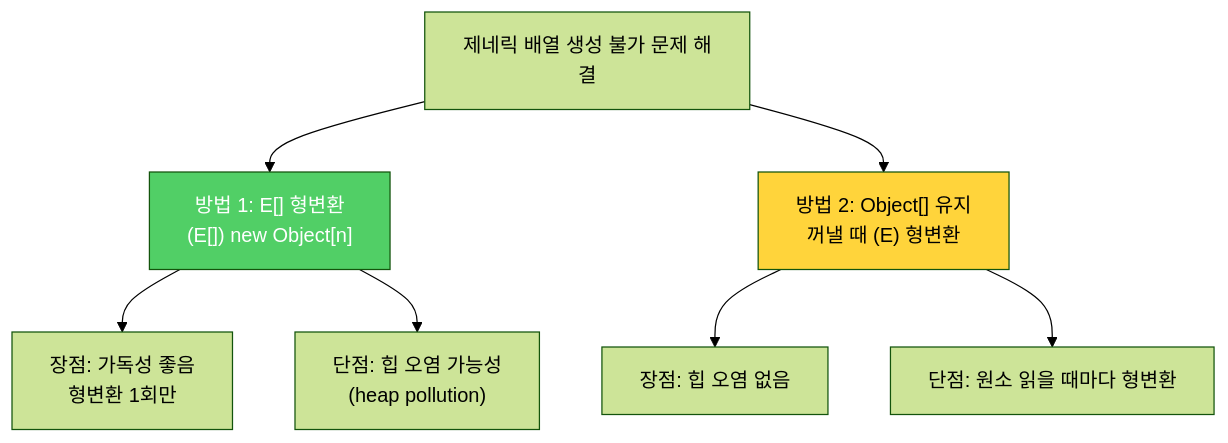
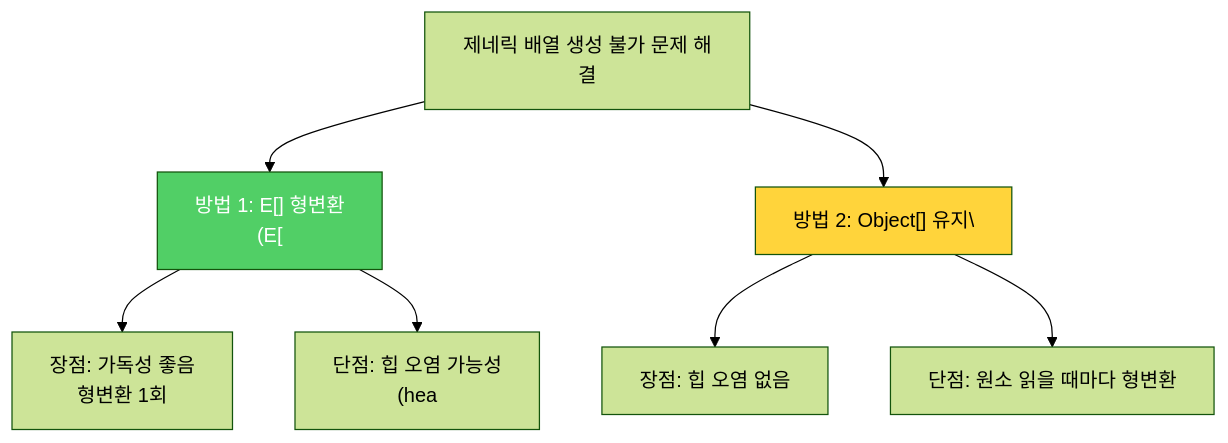
The first of 2 diagrams in _posts/java/2022-01-07-effective-java29.md (yjkim2015/yjkim2015.github.io), drawn with Mermaid (forest theme) before and after one commit. The commit also changed other lines of this file and 271 other files, not shown here.

First line of the commit message:
Mermaid 라벨 축소: 긴 노드 텍스트 18자 이하로 트림 + \n 제거

````diff
--- a/_posts/java/2022-01-07-effective-java29.md
+++ b/_posts/java/2022-01-07-effective-java29.md
@@ -151,11 +151,11 @@
 ```mermaid
 graph TD
-    A["제네릭 배열 생성 불가 문제 해결"] --> B["방법 1: E[] 형변환\n(E[]) new Object[n]"]
-    A --> C["방법 2: Object[] 유지\n꺼낼 때 (E) 형변환"]
-    B --> B1["장점: 가독성 좋음\n형변환 1회만"]
-    B --> B2["단점: 힙 오염 가능성\n(heap pollution)"]
+    A["제네릭 배열 생성 불가 문제 해결"] --> B["방법 1: E[] 형변환\n(E["]
+    A --> C["방법 2: Object[] 유지\"]
+    B --> B1["장점: 가독성 좋음\n형변환 1회"]
+    B --> B2["단점: 힙 오염 가능성\n(hea"]
     C --> C1["장점: 힙 오염 없음"]
     C --> C2["단점: 원소 읽을 때마다 형변환"]
     style B fill:#51cf66,color:#fff
     style C fill:#ffd43b
 ```
````
